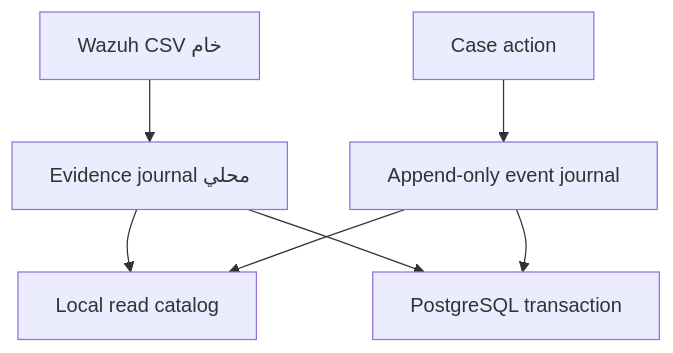
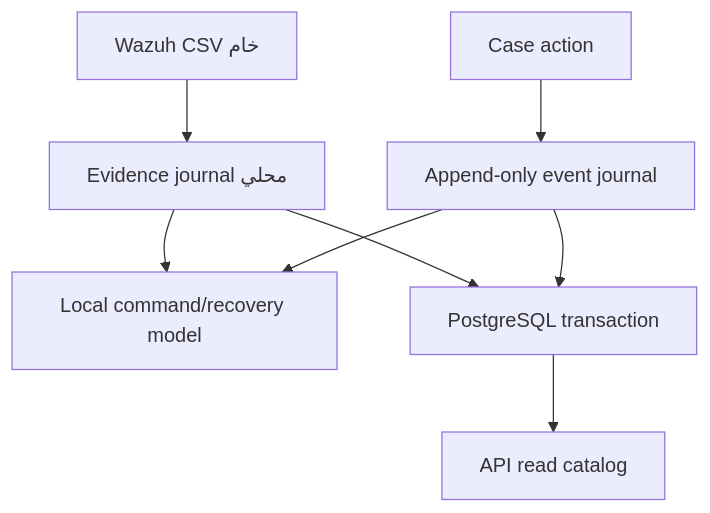
The diagram in docs/POSTGRES_PROJECTION.md (tarrabmu-commits/rbvm-csv-platform), drawn with Mermaid before and after one commit. The commit also changed other lines of this file and 49 other files, not shown here.

````diff
--- a/docs/POSTGRES_PROJECTION.md
+++ b/docs/POSTGRES_PROJECTION.md
@@ -9,9 +9,10 @@
 ```mermaid
 flowchart TD
     CSV["Wazuh CSV خام"] --> Journal["Evidence journal محلي"]
-    Journal --> Local["Local read catalog"]
+    Journal --> Local["Local command/recovery model"]
     Journal --> Pg["PostgreSQL transaction"]
     Action["Case action"] --> Events["Append-only event journal"]
     Events --> Local
     Events --> Pg
+    Pg --> API["API read catalog"]
 ```
````
